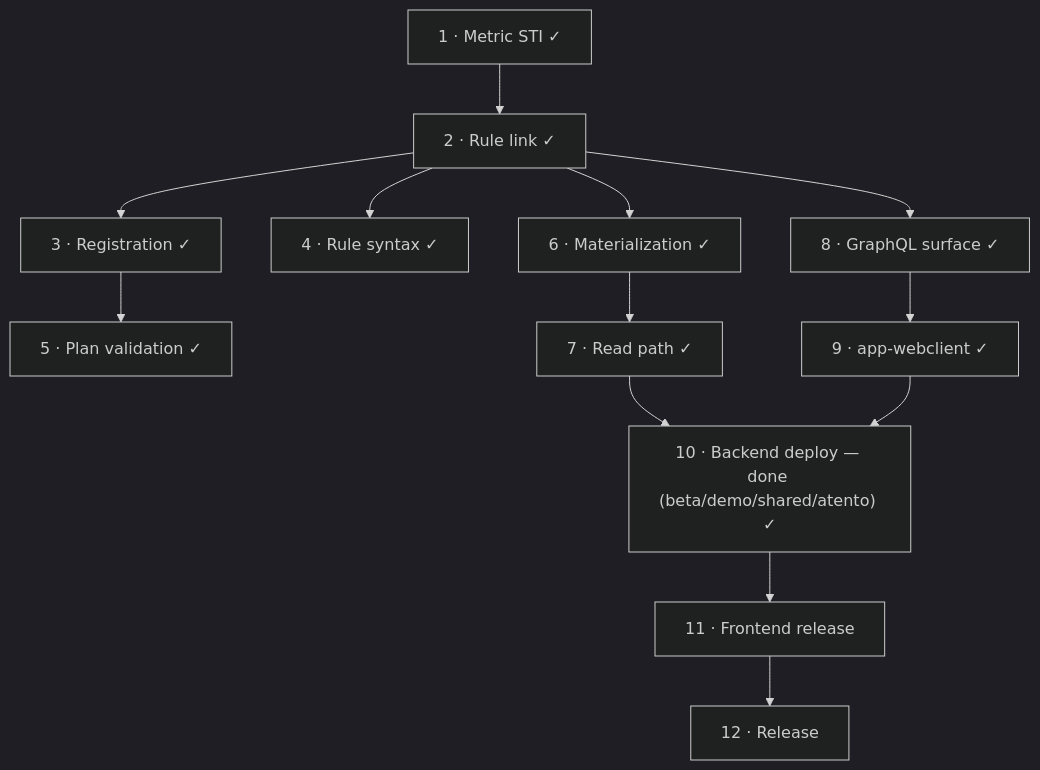
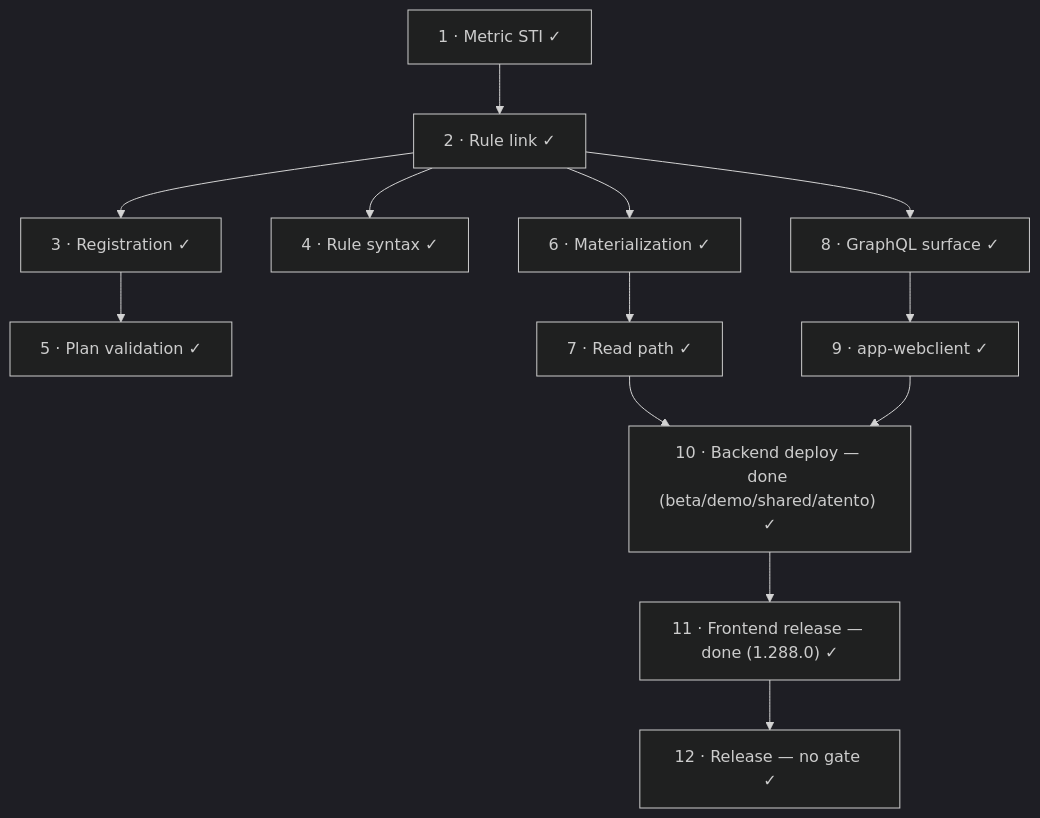
Before and after one commit to plribeiro3000/dot-claude-plans: the second of 2 diagrams in active/app/output-variables/PLAN.md, drawn with Mermaid (dark theme). The commit also changed other lines of this file and 6 other files, not shown here.

````diff
--- a/active/app/output-variables/PLAN.md
+++ b/active/app/output-variables/PLAN.md
@@ -677,15 +704,15 @@
 ```mermaid
 graph TD
   1["1 · Metric STI ✓"] --> 2["2 · Rule link ✓"]
   2 --> 3["3 · Registration ✓"]
   3 --> 5["5 · Plan validation ✓"]
   2 --> 4["4 · Rule syntax ✓"]
   2 --> 6["6 · Materialization ✓"]
   6 --> 7["7 · Read path ✓"]
   2 --> 8["8 · GraphQL surface ✓"]
   8 --> 9["9 · app-webclient ✓"]
   7 --> 10["10 · Backend deploy — done (beta/demo/shared/atento) ✓"]
   9 --> 10
-  10 --> 11["11 · Frontend release"]
-  11 --> 12["12 · Release"]
+  10 --> 11["11 · Frontend release — done (1.288.0) ✓"]
+  11 --> 12["12 · Release — no gate ✓"]
 ```
````
